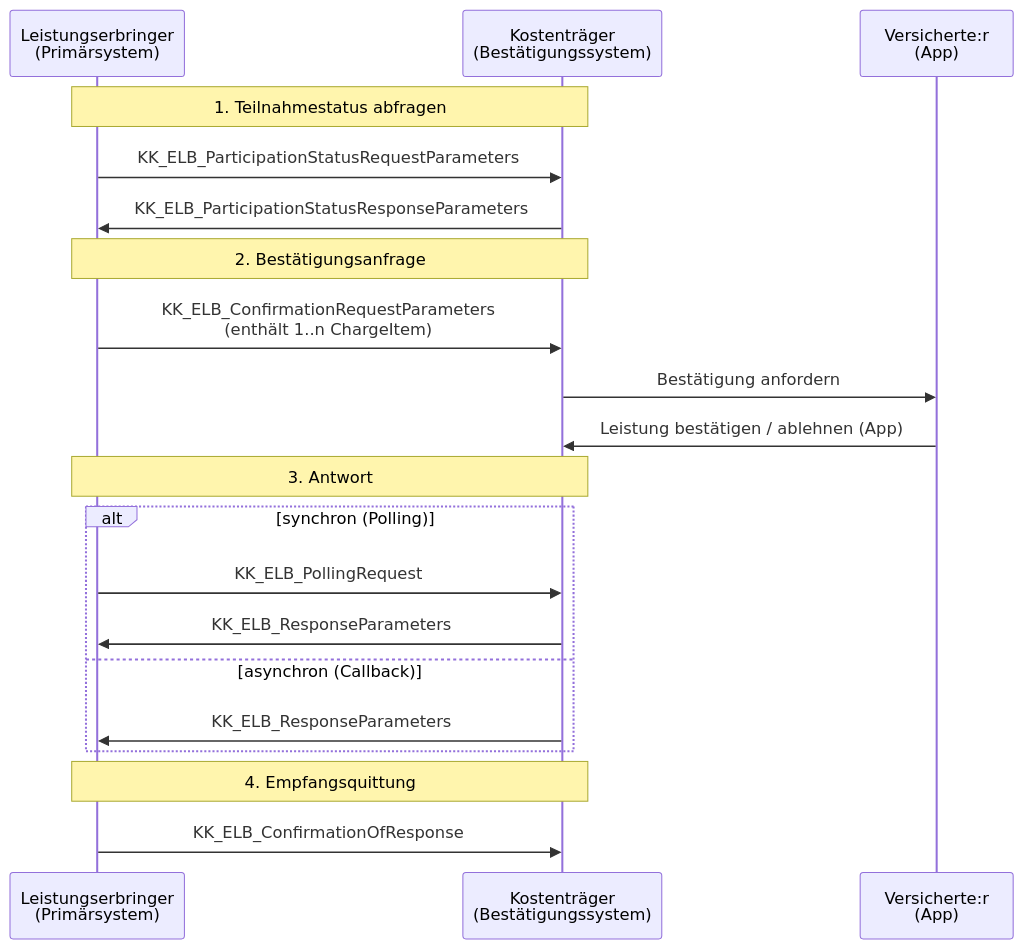
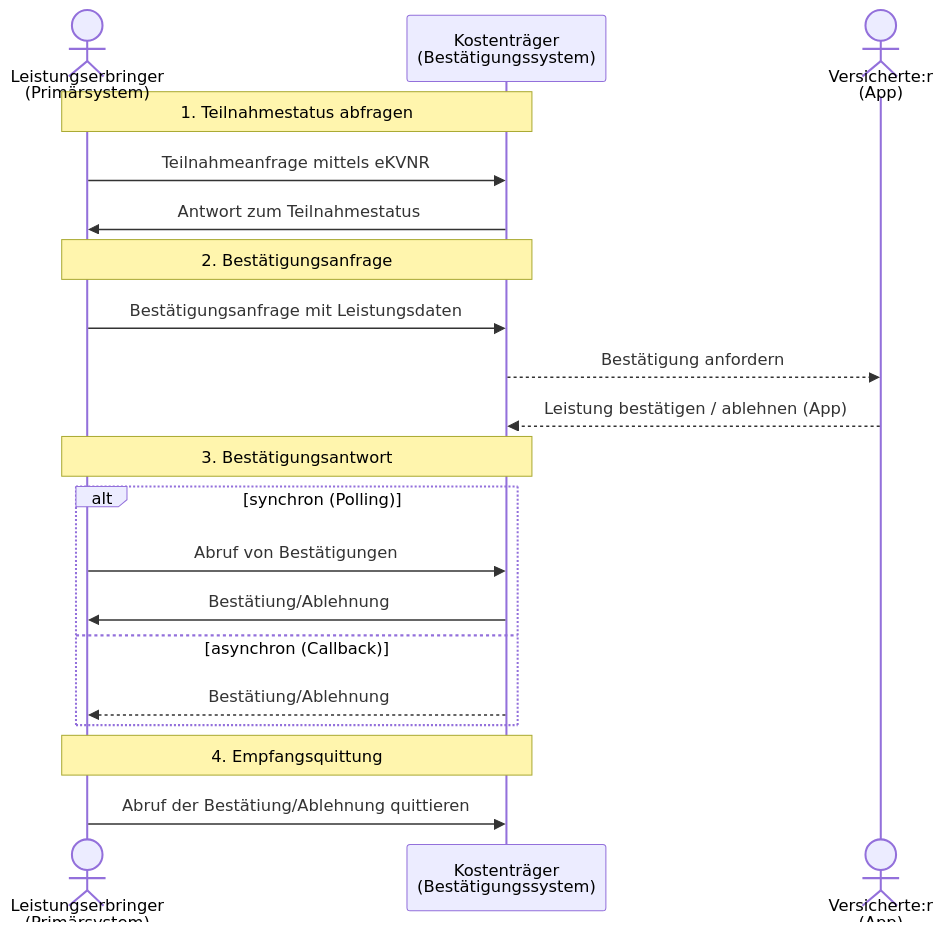
The diagram in README.md (ITSGGMBH/eLB), drawn with Mermaid before and after one commit. The commit also changed other lines of this file, not shown here.

Commit message:
Anpassungen README.md

````diff
--- a/README.md
+++ b/README.md
@@ -20,26 +20,26 @@
 ```mermaid
 sequenceDiagram
-    participant LER as Leistungserbringer<br/>(Primärsystem)
+    actor LER as Leistungserbringer<br/>(Primärsystem)
     participant KTR as Kostenträger<br/>(Bestätigungssystem)
-    participant VRS as Versicherte:r<br/>(App)
+    actor VRS as Versicherte:r<br/>(App)
 
     Note over LER,KTR: 1. Teilnahmestatus abfragen
-    LER->>KTR: KK_ELB_ParticipationStatusRequestParameters
-    KTR->>LER: KK_ELB_ParticipationStatusResponseParameters
+    LER->>KTR: Teilnahmeanfrage mittels eKVNR
+    KTR->>LER: Antwort zum Teilnahmestatus
 
     Note over LER,KTR: 2. Bestätigungsanfrage
-    LER->>KTR: KK_ELB_ConfirmationRequestParameters<br/>(enthält 1..n ChargeItem)
-    KTR->>VRS: Bestätigung anfordern
-    VRS->>KTR: Leistung bestätigen / ablehnen (App)
+    LER->>KTR: Bestätigungsanfrage mit Leistungsdaten
+    KTR-->>VRS: Bestätigung anfordern
+    VRS-->>KTR: Leistung bestätigen / ablehnen (App)
 
-    Note over LER,KTR: 3. Antwort
+    Note over LER,KTR: 3. Bestätigungsantwort
     alt synchron (Polling)
-        LER->>KTR: KK_ELB_PollingRequest
-        KTR->>LER: KK_ELB_ResponseParameters
+        LER->>KTR: Abruf von Bestätigungen
+        KTR->>LER: Bestätiung/Ablehnung
     else asynchron (Callback)
-        KTR->>LER: KK_ELB_ResponseParameters
+        KTR-->>LER: Bestätiung/Ablehnung
     end
 
     Note over LER,KTR: 4. Empfangsquittung
-    LER->>KTR: KK_ELB_ConfirmationOfResponse
+    LER->>KTR: Abruf der Bestätiung/Ablehnung quittieren
 ```
````
